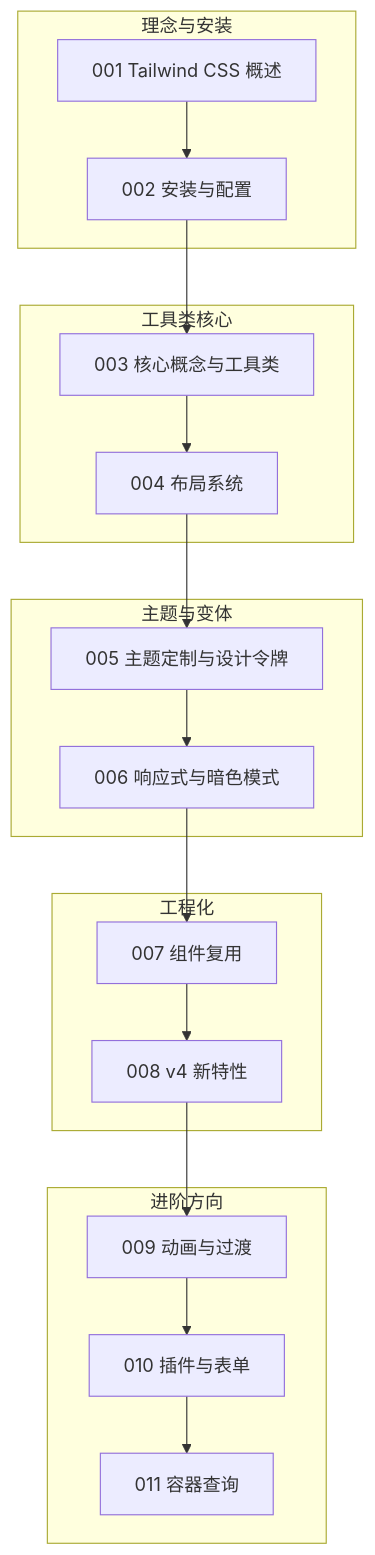
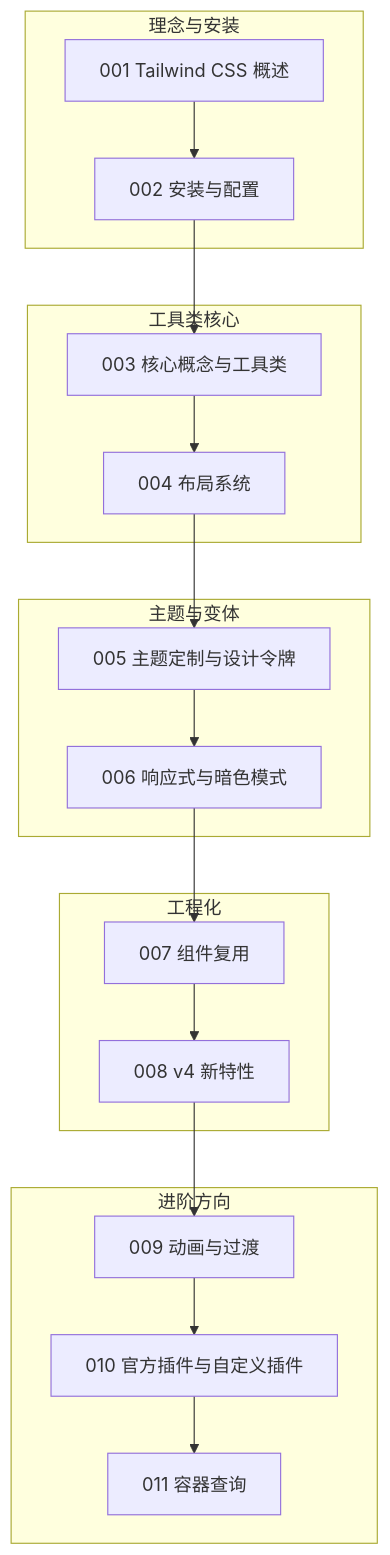
One commit to fanquanpp/FANDEX changed the diagram in cnt-content/full/038-tailwind/120-TailwindLearningSummary.md. Above: the diagram before and after it, drawn with Mermaid. The commit also changed other lines of this file and 1880 other files, not shown here.

````diff
--- a/cnt-content/full/038-tailwind/120-TailwindLearningSummary.md
+++ b/cnt-content/full/038-tailwind/120-TailwindLearningSummary.md
@@ -35,34 +35,34 @@
 ```mermaid
 flowchart TD
   subgraph ideas["理念与安装"]
     A["001 Tailwind CSS 概述"]
     B["002 安装与配置"]
   end
   subgraph utils["工具类核心"]
     D["003 核心概念与工具类"]
     E["004 布局系统"]
   end
   subgraph theme["主题与变体"]
     F["005 主题定制与设计令牌"]
     G["006 响应式与暗色模式"]
   end
   subgraph engineering["工程化"]
     H["007 组件复用"]
     C["008 v4 新特性"]
   end
   subgraph advanced["进阶方向"]
     I["009 动画与过渡"]
-    J["010 插件与表单"]
+    J["010 官方插件与自定义插件"]
     K["011 容器查询"]
   end
   A --> B
   B --> D
   D --> E
   E --> F
   F --> G
   G --> H
   H --> C
   C --> I
   I --> J
   J --> K
 ```
````
